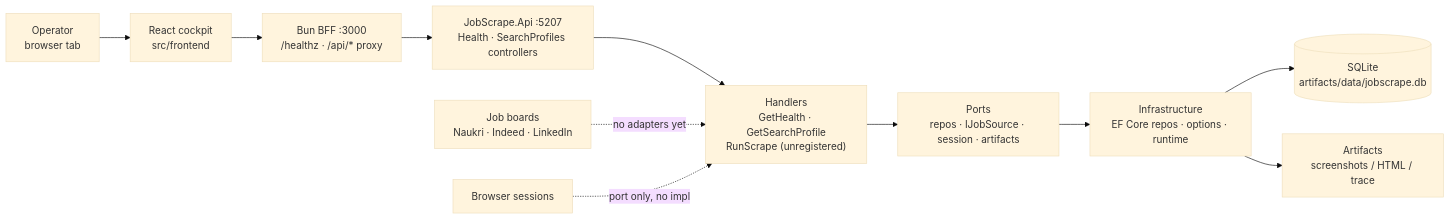
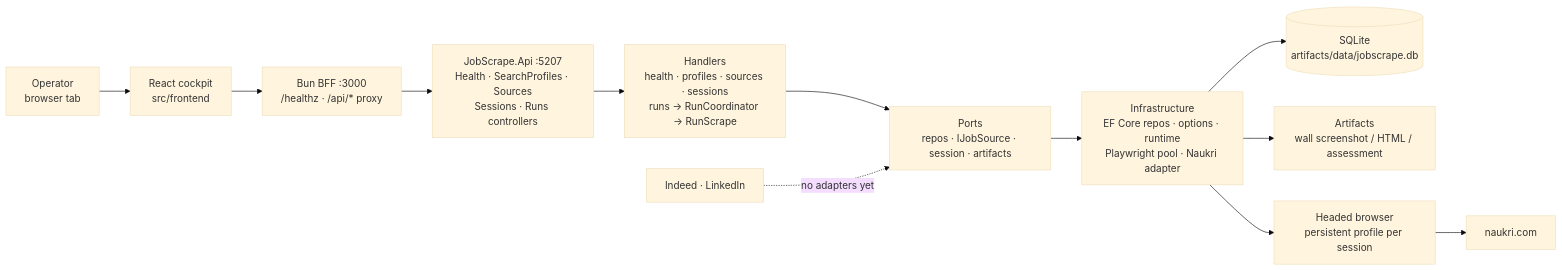
The first of 11 diagrams in docs/02-architecture.md (AslamNazeerShaikh/PlaywrightDotNet), drawn with Mermaid (base theme) before and after one commit. The commit also changed other lines of this file and 82 other files, not shown here.

First line of the commit message:
feat(runs): scrape Naukri live from the cockpit with background runs

````diff
--- a/docs/02-architecture.md
+++ b/docs/02-architecture.md
@@ -54,13 +56,14 @@
 ```mermaid
 flowchart LR
     OP["Operator<br/>browser tab"] --> UI["React cockpit<br/>src/frontend"]
     UI --> BFF["Bun BFF :3000<br/>/healthz · /api/* proxy"]
-    BFF --> API["JobScrape.Api :5207<br/>Health · SearchProfiles controllers"]
-    API --> H["Handlers<br/>GetHealth · GetSearchProfile<br/>RunScrape (unregistered)"]
+    BFF --> API["JobScrape.Api :5207<br/>Health · SearchProfiles · Sources<br/>Sessions · Runs controllers"]
+    API --> H["Handlers<br/>health · profiles · sources · sessions<br/>runs → RunCoordinator → RunScrape"]
     H --> PORTS["Ports<br/>repos · IJobSource · session · artifacts"]
-    PORTS --> IMPL["Infrastructure<br/>EF Core repos · options · runtime"]
+    PORTS --> IMPL["Infrastructure<br/>EF Core repos · options · runtime<br/>Playwright pool · Naukri adapter"]
     IMPL --> DB[("SQLite<br/>artifacts/data/jobscrape.db")]
-    IMPL --> ART["Artifacts<br/>screenshots / HTML / trace"]
-    SRC["Job boards<br/>Naukri · Indeed · LinkedIn"] -.->|no adapters yet| H
-    SES["Browser sessions"] -.->|port only, no impl| H
+    IMPL --> ART["Artifacts<br/>wall screenshot / HTML / assessment"]
+    IMPL --> BRW["Headed browser<br/>persistent profile per session"]
+    BRW --> NK["naukri.com"]
+    SRC["Indeed · LinkedIn"] -.->|no adapters yet| PORTS
 ```
````
